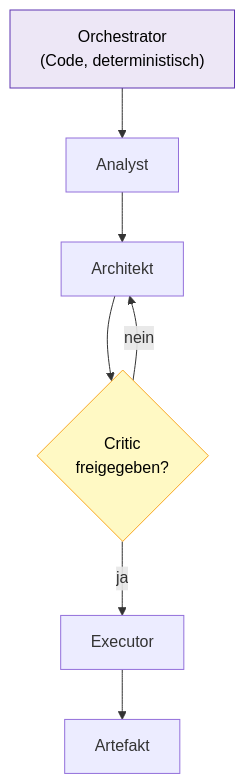
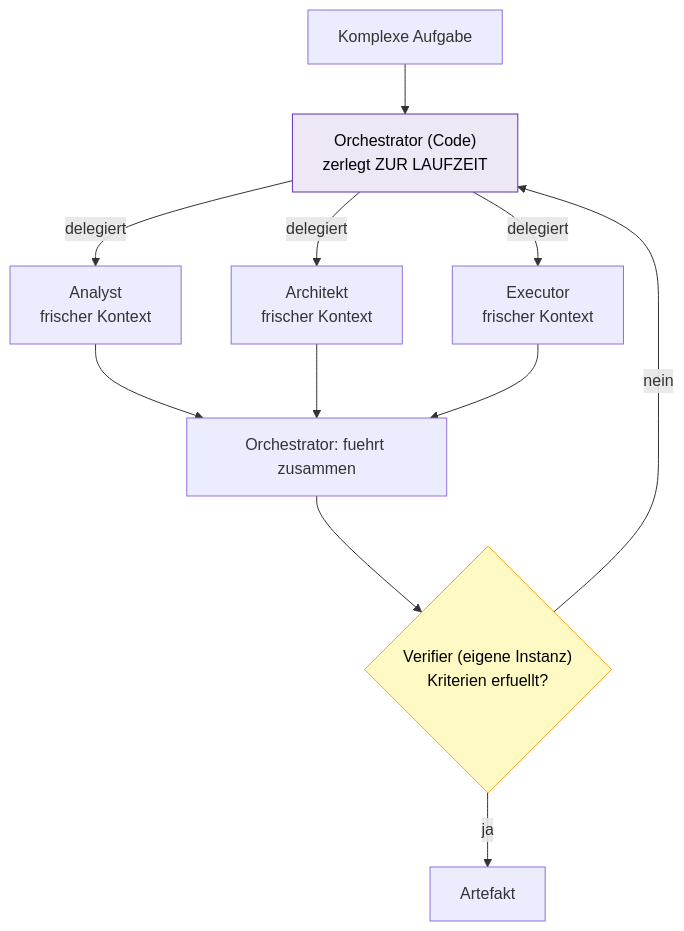
One commit to TheTrustedAdvisor/agentic-azure-techconf-wien-2026 changed the third of 10 diagrams in presentation/mermaids/PATTERNS.md. Above: the diagram before and after it, drawn with Mermaid. The commit also changed other lines of this file and 19 other files, not shown here.

First line of the commit message:
Präsentation erweitert: About-Me, Repo-QR-Slide, Plan-vs-Umsetzung; Mermaids vertieft; TN-Material

````diff
--- a/presentation/mermaids/PATTERNS.md
+++ b/presentation/mermaids/PATTERNS.md
@@ -44,11 +53,15 @@
 ```mermaid
 flowchart TB
-    ORC["Orchestrator<br/>(Code, deterministisch)"] --> AN["Analyst"]
-    AN --> AR["Architekt"]
-    AR --> CR{"Critic<br/>freigegeben?"}
-    CR -->|"ja"| EX["Executor"]
-    CR -->|"nein"| AR
-    EX --> OUT["Artefakt"]
+    TASK["Komplexe Aufgabe"] --> ORC["Orchestrator (Code)<br/>zerlegt ZUR LAUFZEIT"]
+    ORC -->|"delegiert"| W1["Analyst<br/>frischer Kontext"]
+    ORC -->|"delegiert"| W2["Architekt<br/>frischer Kontext"]
+    ORC -->|"delegiert"| W3["Executor<br/>frischer Kontext"]
+    W1 --> SYN["Orchestrator: fuehrt zusammen"]
+    W2 --> SYN
+    W3 --> SYN
+    SYN --> VER{"Verifier (eigene Instanz)<br/>Kriterien erfuellt?"}
+    VER -->|"nein"| ORC
+    VER -->|"ja"| OUT["Artefakt"]
     style ORC fill:#ede7f6,stroke:#5e35b1,color:#000
-    style CR fill:#fff9c4,stroke:#f9a825,color:#000
+    style VER fill:#fff9c4,stroke:#f9a825,color:#000
 ```
````
